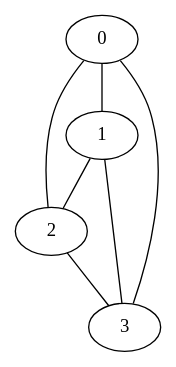
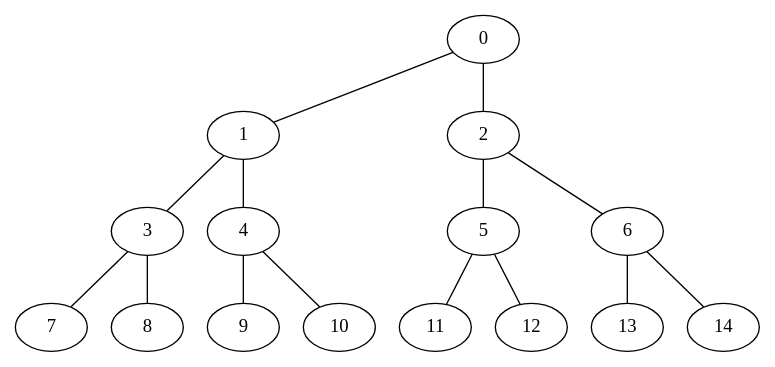
Before and after one commit to valentinodg/hedonic: the diagram in generator/a.dot, drawn with Graphviz. The commit also changed 2 other files, not shown here.

```diff
--- a/generator/a.dot
+++ b/generator/a.dot
@@ -1,12 +1,31 @@
 graph  {
 0;
 1;
 2;
 3;
-0 -- 1  [key=0, weight=5];
-0 -- 2  [key=0, weight=6];
-0 -- 3  [key=0, weight=6];
-1 -- 2  [key=0, weight=5];
-1 -- 3  [key=0, weight=4];
-2 -- 3  [key=0, weight=4];
+4;
+5;
+6;
+7;
+8;
+9;
+10;
+11;
+12;
+13;
+14;
+0 -- 1  [key=0, weight=2];
+0 -- 2  [key=0, weight=3];
+1 -- 3  [key=0, weight=2];
+1 -- 4  [key=0, weight=3];
+2 -- 5  [key=0, weight=3];
+2 -- 6  [key=0, weight=2];
+3 -- 7  [key=0, weight=3];
+3 -- 8  [key=0, weight=3];
+4 -- 9  [key=0, weight=3];
+4 -- 10  [key=0, weight=2];
+5 -- 11  [key=0, weight=2];
+5 -- 12  [key=0, weight=2];
+6 -- 13  [key=0, weight=2];
+6 -- 14  [key=0, weight=3];
 }
```
